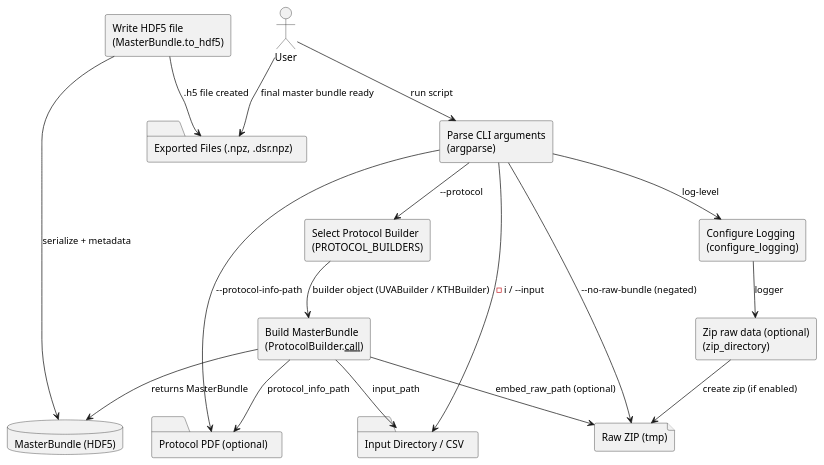
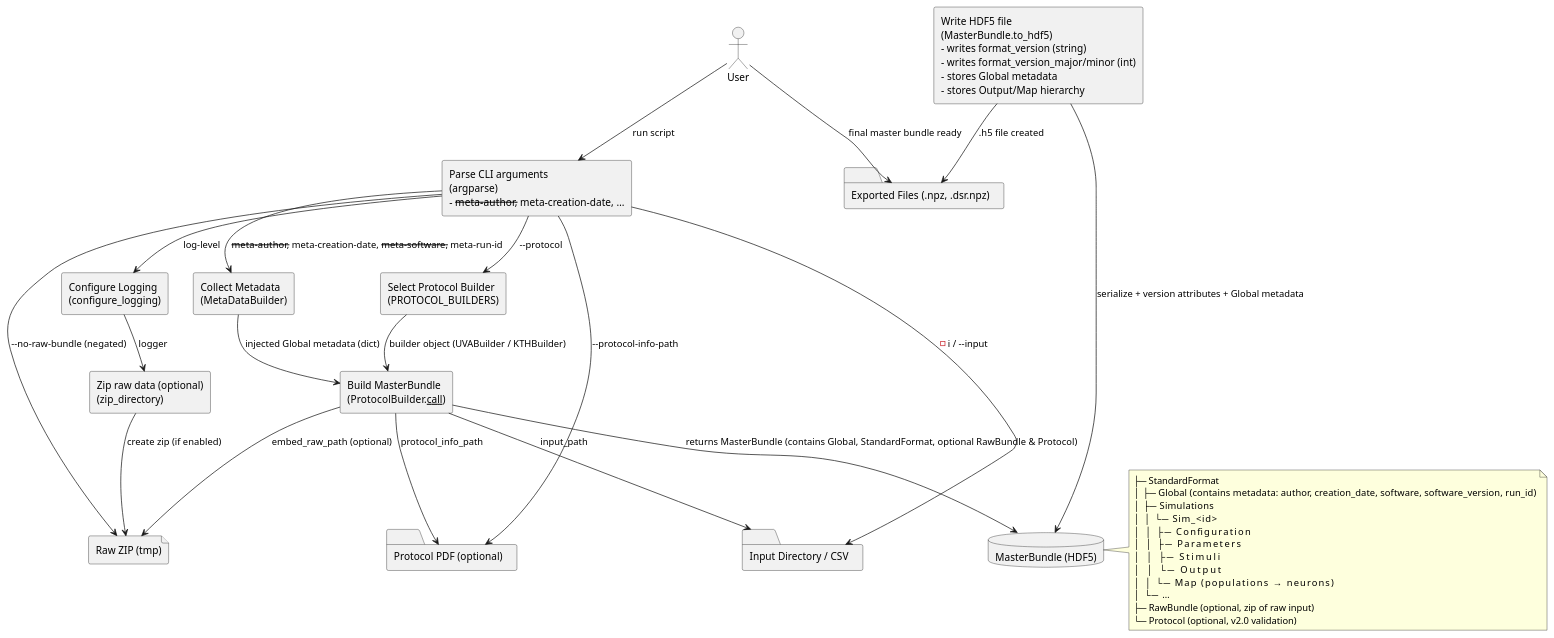
One commit to virtual-brain-twins/vbt-converter changed the diagram in docs/dfd_level_1.puml. Above: the diagram before and after it, drawn with PlantUML. The commit also changed 33 other files, not shown here.

First line of the commit message:
feat(converter): migrate SpikeMap to generic Map, extend schema to version 2.0 and add validation CLI

```diff
--- a/docs/dfd_level_1.puml
+++ b/docs/dfd_level_1.puml
@@ -1,41 +1,72 @@
 @startuml dfd_level_1
-' ==== Actors ====
+' ==============================
+' Actors
+' ==============================
 actor User
 
-' ==== Data Stores ====
-folder "Input Directory / CSV" as IN_DIR
-folder "Protocol PDF (optional)" as PROTO_PDF
-file "Raw ZIP (tmp)" as RAW_ZIP
-database "MasterBundle (HDF5)" as H5_BUNDLE
+' ==============================
+' Data Stores (persistent)
+' ==============================
+folder "Input Directory / CSV"      as IN_DIR
+folder "Protocol PDF (optional)"    as PROTO_PDF
+file   "Raw ZIP (tmp)"              as RAW_ZIP
+database "MasterBundle (HDF5)"      as H5_BUNDLE
 folder "Exported Files (.npz, .dsr.npz)" as OUT_FILES
 
-' ==== Processes (inside convert_any_to_hdf5) ====
-rectangle "Parse CLI arguments\n(argparse)" as PARSE_ARGS
+' ==============================
+' Processes (inside convert_any_to_hdf5)
+' ==============================
+rectangle "Parse CLI arguments\n(argparse)\n- --meta-author, --meta-creation-date, …" as PARSE_ARGS
+rectangle "Collect Metadata\n(MetaDataBuilder)" as COLLECT_META
 rectangle "Configure Logging\n(configure_logging)" as LOG_CFG
 rectangle "Zip raw data (optional)\n(zip_directory)" as ZIP_RAW
 rectangle "Select Protocol Builder\n(PROTOCOL_BUILDERS)" as SELECT_BUILDER
 rectangle "Build MasterBundle\n(ProtocolBuilder.__call__)" as BUILD_BUNDLE
-rectangle "Write HDF5 file\n(MasterBundle.to_hdf5)" as WRITE_H5
+rectangle "Write HDF5 file\n(MasterBundle.to_hdf5)\n- writes format_version (string)\n- writes format_version_major/minor (int)\n- stores Global metadata\n- stores Output/Map hierarchy" as WRITE_H5
 
-' ==== Data Flows ====
+' ==============================
+' Data Flows
+' ==============================
 User --> PARSE_ARGS : run script
-PARSE_ARGS --> LOG_CFG : log‑level
-PARSE_ARGS --> IN_DIR : -i / --input
+PARSE_ARGS --> LOG_CFG   : log‑level
+PARSE_ARGS --> IN_DIR    : -i / --input
 PARSE_ARGS --> PROTO_PDF : --protocol‑info‑path
-PARSE_ARGS --> RAW_ZIP : --no‑raw‑bundle (negated)
+PARSE_ARGS --> RAW_ZIP   : --no‑raw‑bundle (negated)
 PARSE_ARGS --> SELECT_BUILDER : --protocol
+PARSE_ARGS --> COLLECT_META   : --meta‑author, --meta‑creation‑date, --meta‑software, --meta‑run‑id
+COLLECT_META --> BUILD_BUNDLE : injected Global metadata (dict)
 
 LOG_CFG --> ZIP_RAW : logger
 ZIP_RAW --> RAW_ZIP : create zip (if enabled)
 
 SELECT_BUILDER --> BUILD_BUNDLE : builder object (UVABuilder / KTHBuilder)
-BUILD_BUNDLE --> IN_DIR : input_path
-BUILD_BUNDLE --> RAW_ZIP : embed_raw_path (optional)
-BUILD_BUNDLE --> PROTO_PDF : protocol_info_path
-BUILD_BUNDLE --> H5_BUNDLE : returns MasterBundle
 
-WRITE_H5 --> H5_BUNDLE : serialize + metadata
+BUILD_BUNDLE --> IN_DIR   : input_path
+BUILD_BUNDLE --> RAW_ZIP  : embed_raw_path (optional)
+BUILD_BUNDLE --> PROTO_PDF: protocol_info_path
+BUILD_BUNDLE --> H5_BUNDLE : returns MasterBundle (contains Global, StandardFormat, optional RawBundle & Protocol)
+
+WRITE_H5 --> H5_BUNDLE : serialize + version attributes + Global metadata
 WRITE_H5 --> OUT_FILES : .h5 file created
 
 User --> OUT_FILES : final master bundle ready
+
+' ==============================
+' Optional groups (shown for completeness)
+' ==============================
+note right of H5_BUNDLE
+  ├─ StandardFormat
+  │    ├─ Global (contains metadata: author, creation_date, software, software_version, run_id)
+  │    ├─ Simulations
+  │    │    └─ Sim_<id>
+  │    │         ├─ Configuration
+  │    │         ├─ Parameters
+  │    │         ├─ Stimuli
+  │    │         └─ Output
+  │    │               └─ Map (populations → neurons)
+  │    └─ …
+  ├─ RawBundle (optional, zip of raw input)
+  └─ Protocol (optional, v2.0 validation)
+end note
+
 @enduml
```
